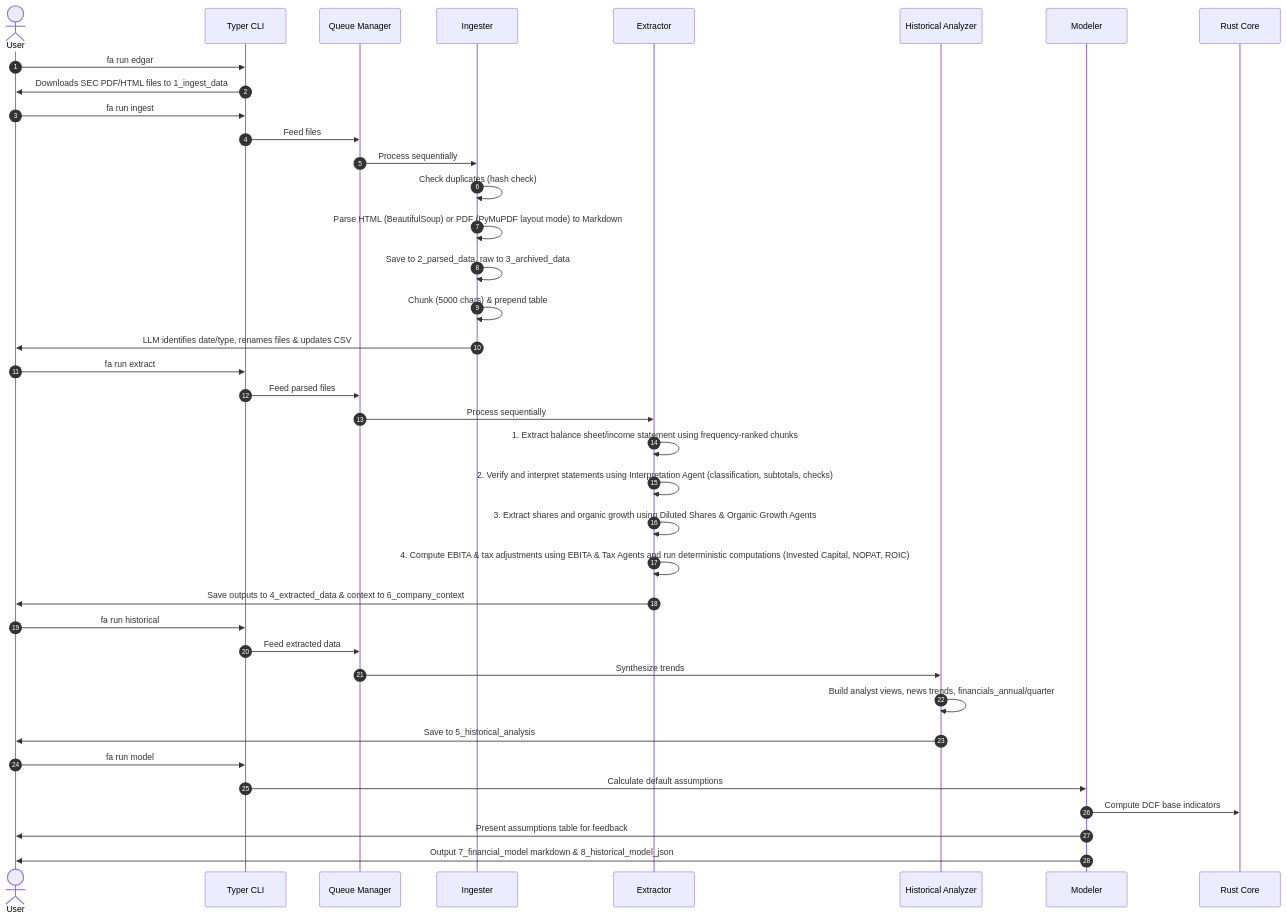
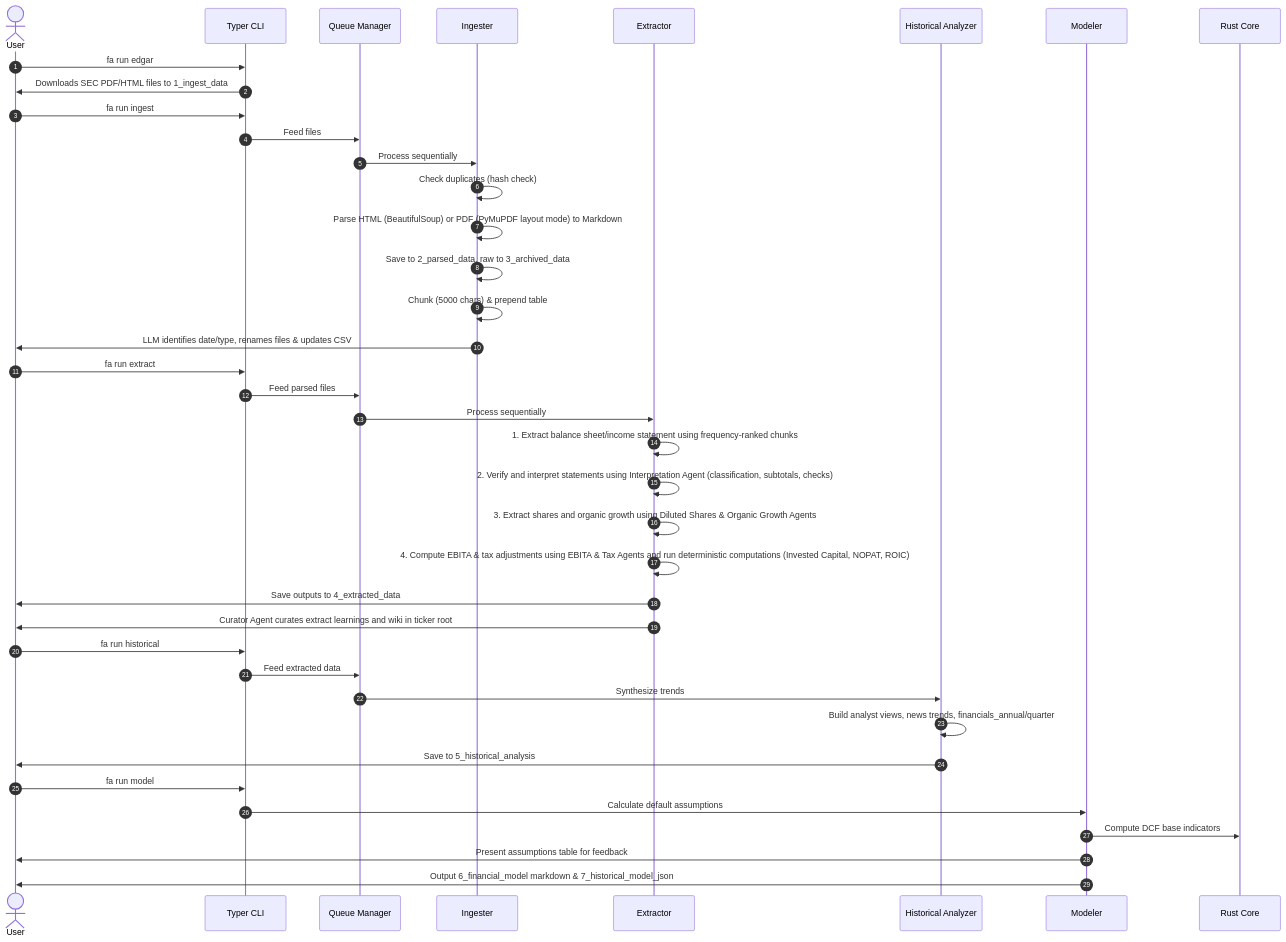
The second of 3 diagrams in docs/architecture.md (Ruinius/financial-analyst-cli), drawn with Mermaid before and after one commit. The commit also changed other lines of this file and 17 other files, not shown here.

Commit message:
added curator agent and LLMwiki

````diff
--- a/docs/architecture.md
+++ b/docs/architecture.md
@@ -107,44 +107,45 @@
 ```mermaid
 sequenceDiagram
     autonumber
     actor User
     participant CLI as Typer CLI
     participant Queue as Queue Manager
     participant Ingest as Ingester
     participant Extract as Extractor
     participant Hist as Historical Analyzer
     participant Model as Modeler
     participant Rust as Rust Core
 
     User->>CLI: fa run edgar
     CLI->>User: Downloads SEC PDF/HTML files to 1_ingest_data
 
     User->>CLI: fa run ingest
     CLI->>Queue: Feed files
     Queue->>Ingest: Process sequentially
     Ingest->>Ingest: Check duplicates (hash check)
     Ingest->>Ingest: Parse HTML (BeautifulSoup) or PDF (PyMuPDF layout mode) to Markdown
     Ingest->>Ingest: Save to 2_parsed_data, raw to 3_archived_data
     Ingest->>Ingest: Chunk (5000 chars) & prepend table
     Ingest->>User: LLM identifies date/type, renames files & updates CSV
 
     User->>CLI: fa run extract
     CLI->>Queue: Feed parsed files
     Queue->>Extract: Process sequentially
     Extract->>Extract: 1. Extract balance sheet/income statement using frequency-ranked chunks
     Extract->>Extract: 2. Verify and interpret statements using Interpretation Agent (classification, subtotals, checks)
     Extract->>Extract: 3. Extract shares and organic growth using Diluted Shares & Organic Growth Agents
     Extract->>Extract: 4. Compute EBITA & tax adjustments using EBITA & Tax Agents and run deterministic computations (Invested Capital, NOPAT, ROIC)
-    Extract->>User: Save outputs to 4_extracted_data & context to 6_company_context
+    Extract->>User: Save outputs to 4_extracted_data
+    Extract->>User: Curator Agent curates extract learnings and wiki in ticker root
     User->>CLI: fa run historical
     CLI->>Queue: Feed extracted data
     Queue->>Hist: Synthesize trends
     Hist->>Hist: Build analyst views, news trends, financials_annual/quarter
     Hist->>User: Save to 5_historical_analysis
 
     User->>CLI: fa run model
     CLI->>Model: Calculate default assumptions
     Model->>Rust: Compute DCF base indicators
     Model->>User: Present assumptions table for feedback
-    Model->>User: Output 7_financial_model markdown & 8_historical_model_json
+    Model->>User: Output 6_financial_model markdown & 7_historical_model_json
 ```
````
